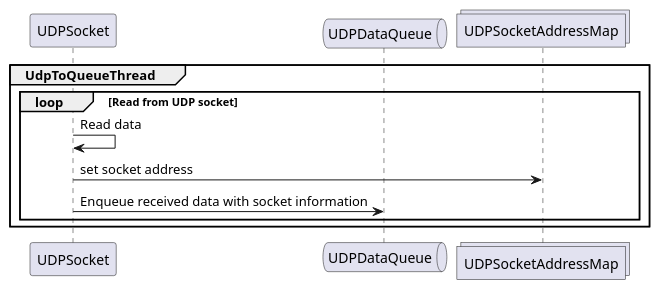
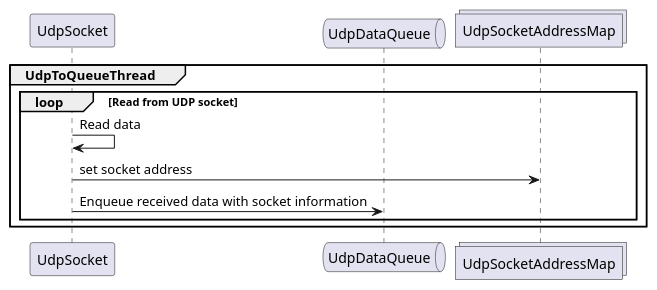
One commit to xiguichen/tcpudp changed the third of 6 diagrams in doc/server.md. Above: the diagram before and after it, drawn with PlantUML. The commit also changed other lines of this file and 17 other files, not shown here.

```diff
--- a/doc/server.md
+++ b/doc/server.md
@@ -55,15 +55,15 @@
 @startuml
 
-participant UDPSocket
-queue UDPDataQueue
-collections UDPSocketAddressMap
+participant UdpSocket
+queue UdpDataQueue
+collections UdpSocketAddressMap
 
 group UdpToQueueThread
     loop Read from UDP socket
-        UDPSocket -> UDPSocket: Read data
-        UDPSocket -> UDPSocketAddressMap: set socket address
-        UDPSocket -> UDPDataQueue: Enqueue received data with socket information
+        UdpSocket -> UdpSocket: Read data
+        UdpSocket -> UdpSocketAddressMap: set socket address
+        UdpSocket -> UdpDataQueue: Enqueue received data with socket information
     end
 end
 
 @enduml
```
